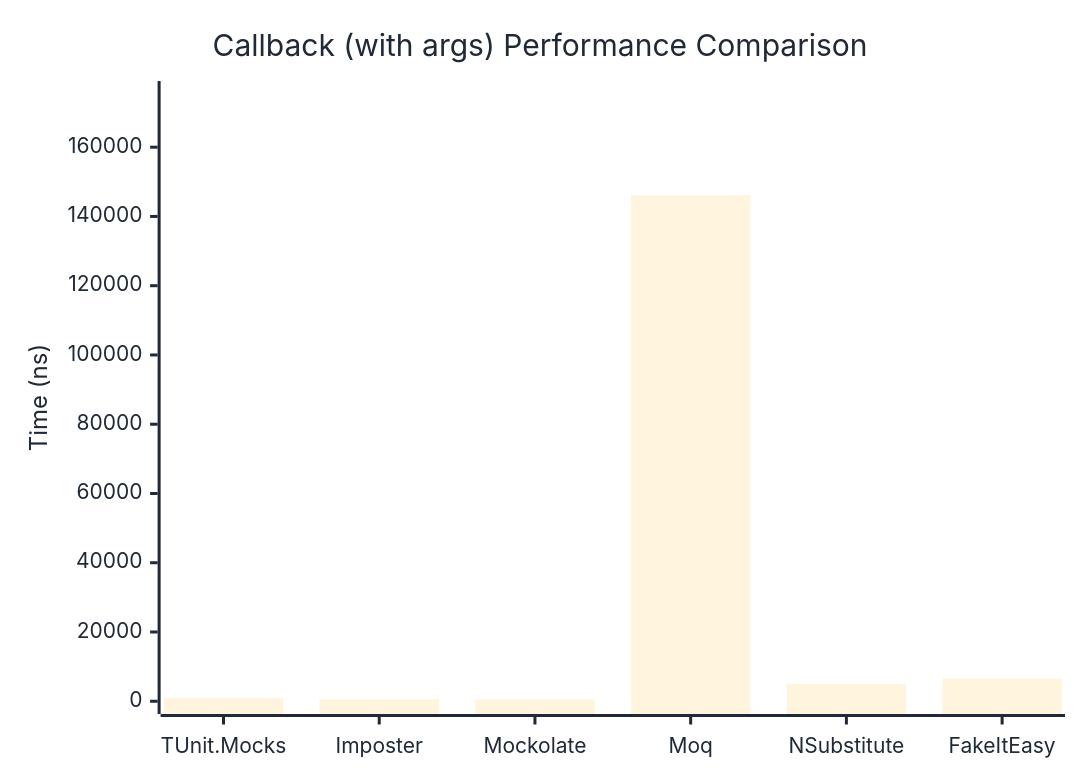
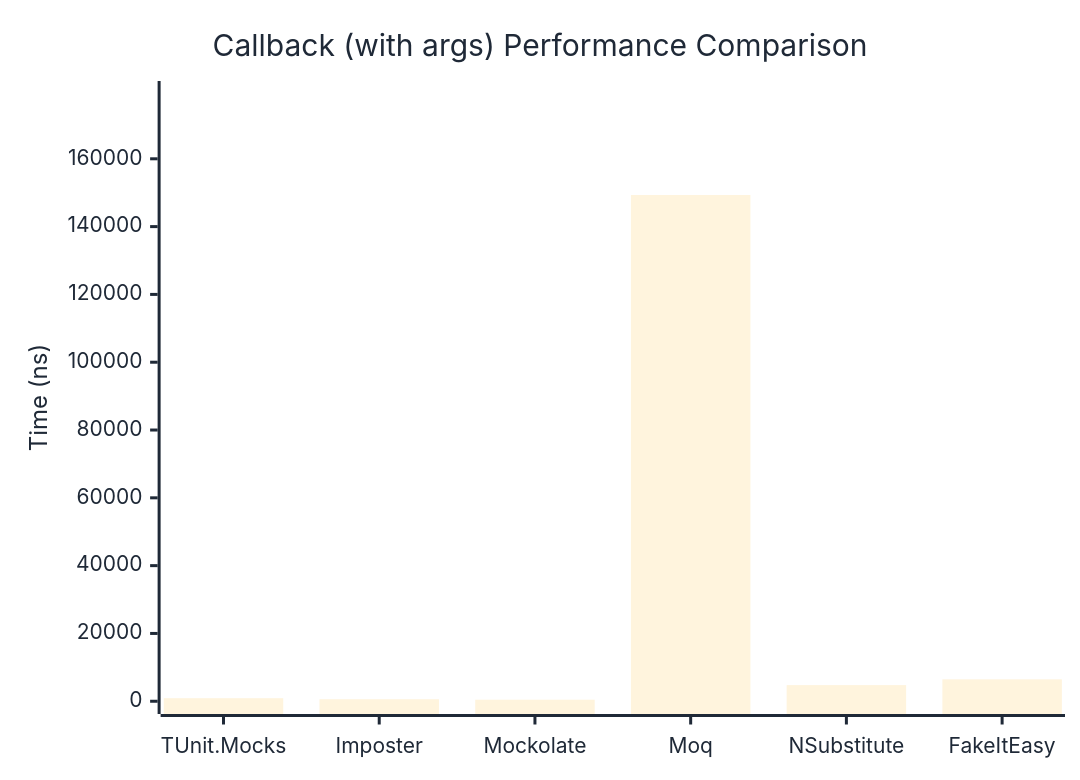
One commit to thomhurst/TUnit changed the second of 2 diagrams in docs/docs/benchmarks/mocks/Callback.md. Above: the diagram before and after it, drawn with Mermaid. The commit also changed other lines of this file and 14 other files, not shown here.

````diff
--- a/docs/docs/benchmarks/mocks/Callback.md
+++ b/docs/docs/benchmarks/mocks/Callback.md
@@ -71,27 +71,27 @@
 ```mermaid
 %%{init: {
   'theme':'base',
   'themeVariables': {
     'primaryColor': '#2563eb',
     'primaryTextColor': '#1f2937',
     'primaryBorderColor': '#1e40af',
     'lineColor': '#6b7280',
     'secondaryColor': '#7c3aed',
     'tertiaryColor': '#dc2626',
     'background': '#ffffff',
     'pie1': '#2563eb',
     'pie2': '#7c3aed',
     'pie3': '#dc2626',
     'pie4': '#f59e0b',
     'pie5': '#10b981',
     'pie6': '#06b6d4',
     'pie7': '#ec4899',
     'pie8': '#6366f1'
   }
 }}%%
 xychart-beta
   title "Callback (with args) Performance Comparison"
   x-axis ["TUnit.Mocks", "Imposter", "Mockolate", "Moq", "NSubstitute", "FakeItEasy"]
-  y-axis "Time (ns)" 0 --> 175432
-  bar [973.6, 641.5, 509.2, 146192.9, 5050.6, 6536.2]
+  y-axis "Time (ns)" 0 --> 179187
+  bar [898.5, 599.3, 455.7, 149322, 4764.6, 6468.4]
 ```
````
